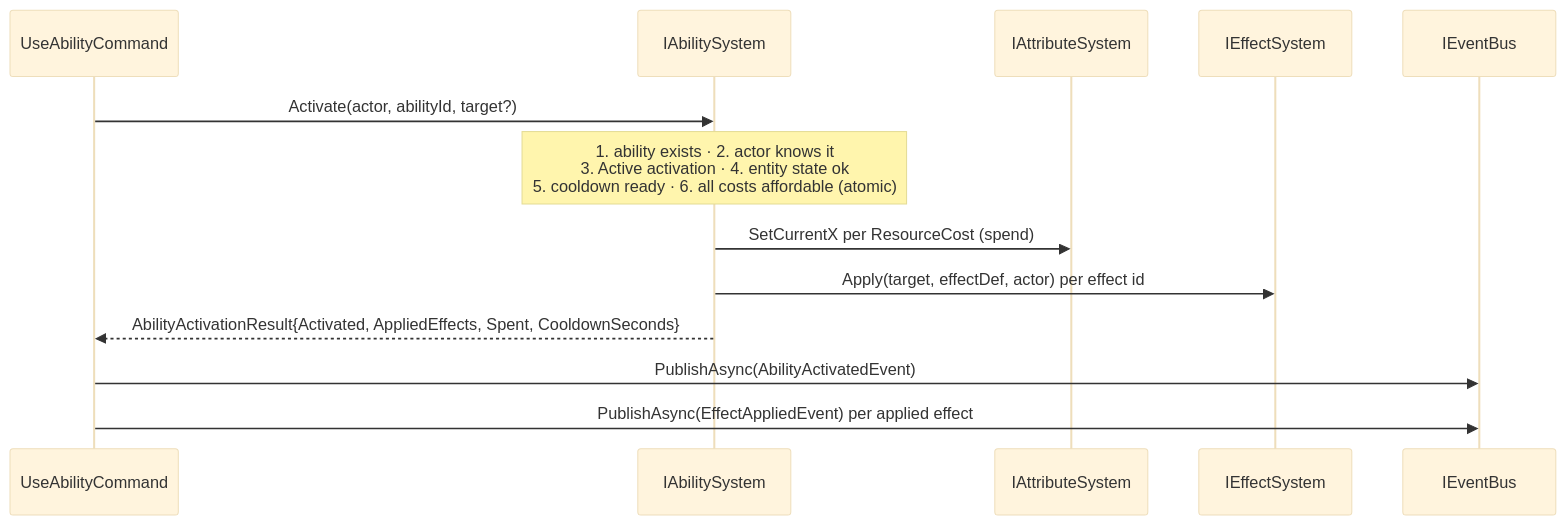
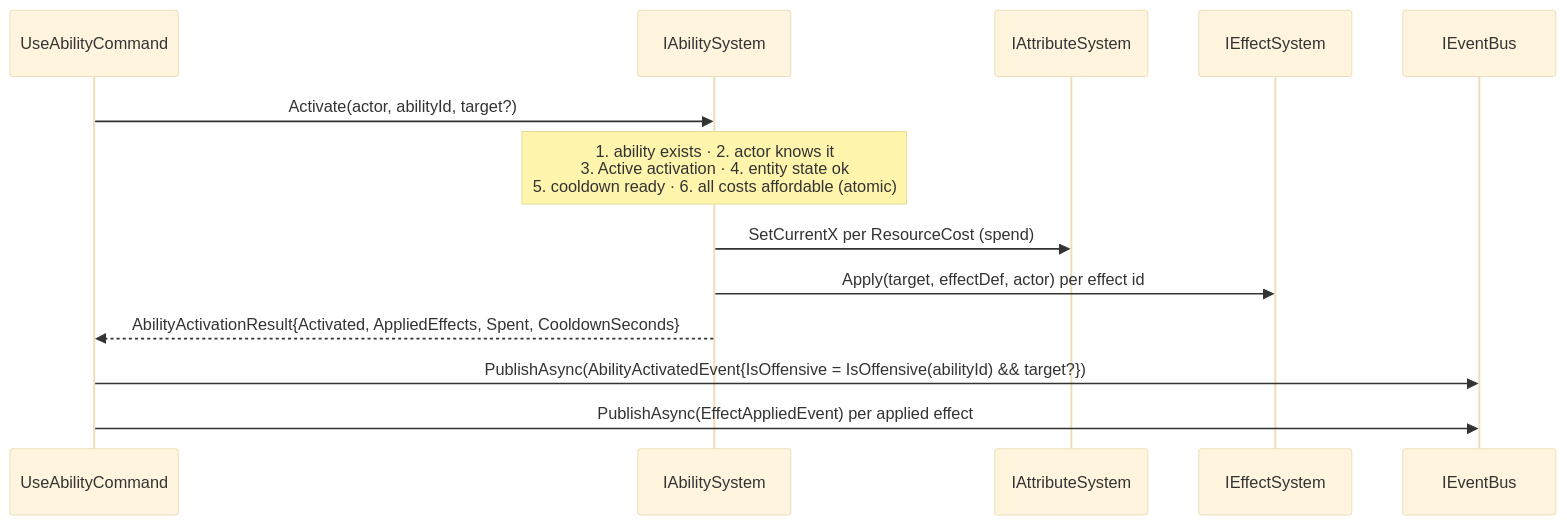
The first of 3 diagrams in docs/architecture/flows/flow-24-ability-activation.md (dmbyer/Hedron), drawn with Mermaid (base theme) before and after one commit. The commit also changed other lines of this file and 59 other files, not shown here.

````diff
--- a/docs/architecture/flows/flow-24-ability-activation.md
+++ b/docs/architecture/flows/flow-24-ability-activation.md
@@ -17,16 +17,16 @@
 ```mermaid
 sequenceDiagram
     participant Cmd as UseAbilityCommand
     participant AS as IAbilitySystem
     participant ATTR as IAttributeSystem
     participant ES as IEffectSystem
     participant Bus as IEventBus
 
     Cmd->>AS: Activate(actor, abilityId, target?)
     note over AS: 1. ability exists · 2. actor knows it<br/>3. Active activation · 4. entity state ok<br/>5. cooldown ready · 6. all costs affordable (atomic)
     AS->>ATTR: SetCurrentX per ResourceCost (spend)
     AS->>ES: Apply(target, effectDef, actor) per effect id
     AS-->>Cmd: AbilityActivationResult{Activated, AppliedEffects, Spent, CooldownSeconds}
-    Cmd->>Bus: PublishAsync(AbilityActivatedEvent)
+    Cmd->>Bus: PublishAsync(AbilityActivatedEvent{IsOffensive = IsOffensive(abilityId) && target?})
     Cmd->>Bus: PublishAsync(EffectAppliedEvent) per applied effect
 ```
````
